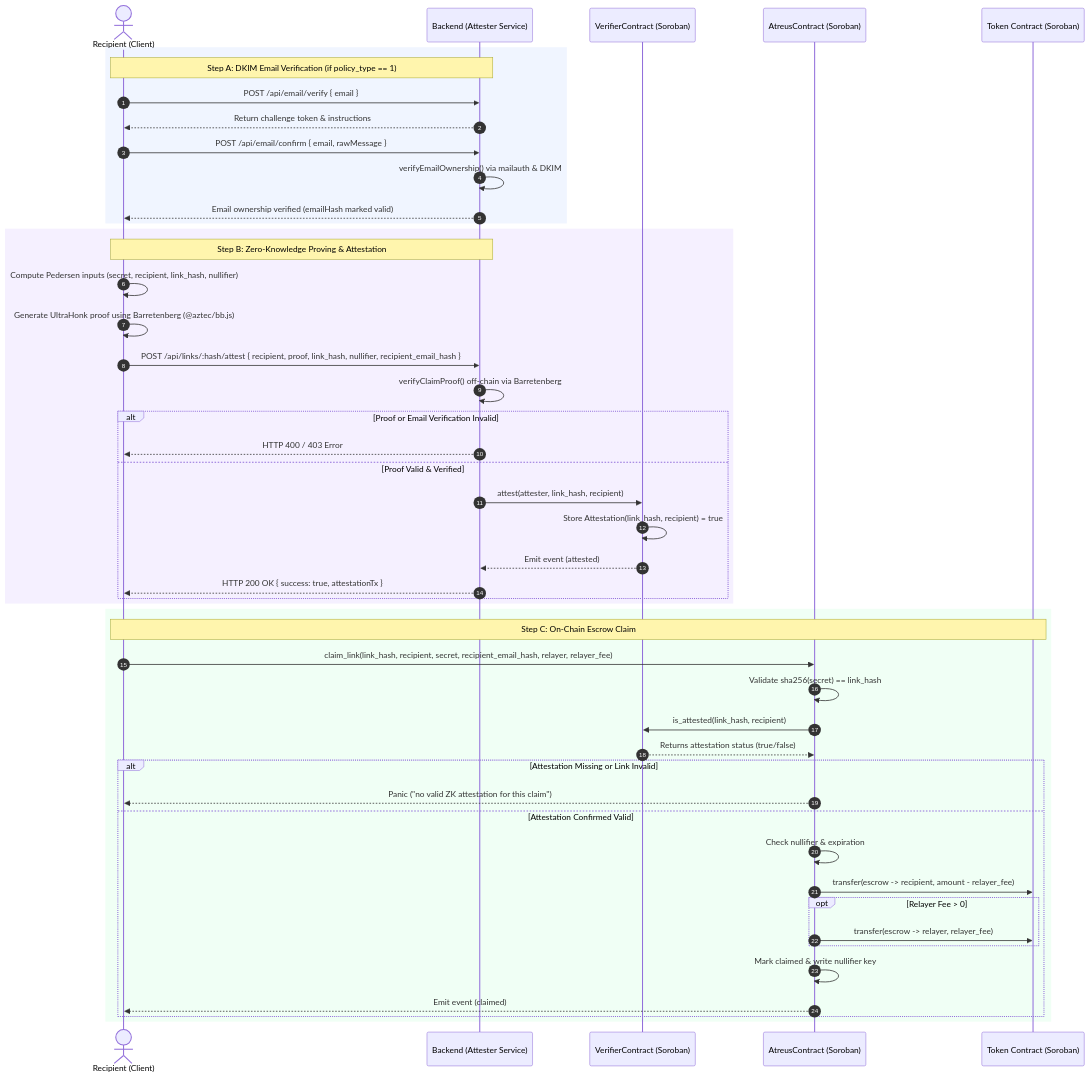
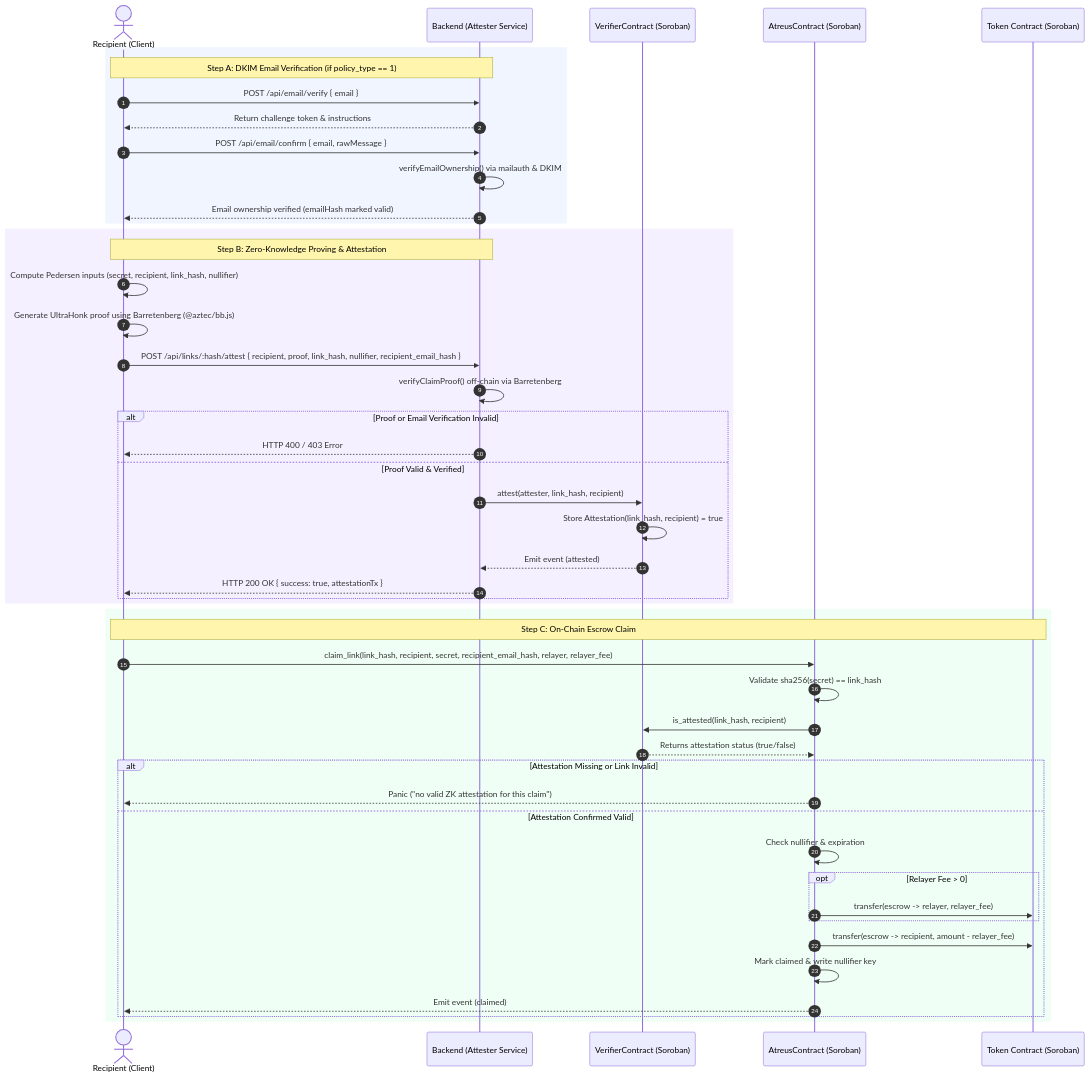
Before and after one commit to atreus-lab/atreus: the diagram in docs/architecture.md, drawn with Mermaid. The commit also changed other lines of this file, not shown here.

Commit message:
docs: fix transfer order in sequence diagram to match claim_link contract implementation

````diff
--- a/docs/architecture.md
+++ b/docs/architecture.md
@@ -415,53 +415,53 @@
 ```mermaid
 sequenceDiagram
     autonumber
     actor Recipient as Recipient (Client)
     participant Backend as Backend (Attester Service)
     participant Verifier as VerifierContract (Soroban)
     participant Atreus as AtreusContract (Soroban)
     participant Token as Token Contract (Soroban)
 
     rect rgb(240, 245, 255)
     note over Recipient, Backend: Step A: DKIM Email Verification (if policy_type == 1)
     Recipient->>Backend: POST /api/email/verify { email }
     Backend-->>Recipient: Return challenge token & instructions
     Recipient->>Backend: POST /api/email/confirm { email, rawMessage }
     Backend->>Backend: verifyEmailOwnership() via mailauth & DKIM
     Backend-->>Recipient: Email ownership verified (emailHash marked valid)
     end
 
     rect rgb(245, 240, 255)
     note over Recipient, Backend: Step B: Zero-Knowledge Proving & Attestation
     Recipient->>Recipient: Compute Pedersen inputs (secret, recipient, link_hash, nullifier)
     Recipient->>Recipient: Generate UltraHonk proof using Barretenberg (@aztec/bb.js)
     Recipient->>Backend: POST /api/links/:hash/attest { recipient, proof, link_hash, nullifier, recipient_email_hash }
     Backend->>Backend: verifyClaimProof() off-chain via Barretenberg
     alt Proof or Email Verification Invalid
         Backend-->>Recipient: HTTP 400 / 403 Error
     else Proof Valid & Verified
         Backend->>Verifier: attest(attester, link_hash, recipient)
         Verifier->>Verifier: Store Attestation(link_hash, recipient) = true
         Verifier-->>Backend: Emit event (attested)
         Backend-->>Recipient: HTTP 200 OK { success: true, attestationTx }
     end
     end
 
     rect rgb(240, 255, 245)
     note over Recipient, Token: Step C: On-Chain Escrow Claim
     Recipient->>Atreus: claim_link(link_hash, recipient, secret, recipient_email_hash, relayer, relayer_fee)
     Atreus->>Atreus: Validate sha256(secret) == link_hash
     Atreus->>Verifier: is_attested(link_hash, recipient)
     Verifier-->>Atreus: Returns attestation status (true/false)
     alt Attestation Missing or Link Invalid
         Atreus-->>Recipient: Panic ("no valid ZK attestation for this claim")
     else Attestation Confirmed Valid
         Atreus->>Atreus: Check nullifier & expiration
-        Atreus->>Token: transfer(escrow -> recipient, amount - relayer_fee)
         opt Relayer Fee > 0
             Atreus->>Token: transfer(escrow -> relayer, relayer_fee)
         end
+        Atreus->>Token: transfer(escrow -> recipient, amount - relayer_fee)
         Atreus->>Atreus: Mark claimed & write nullifier key
         Atreus-->>Recipient: Emit event (claimed)
     end
     end
 ```
````
